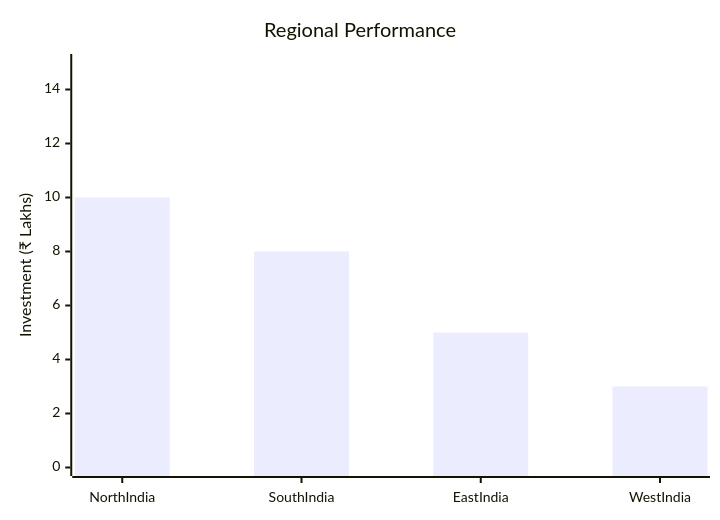
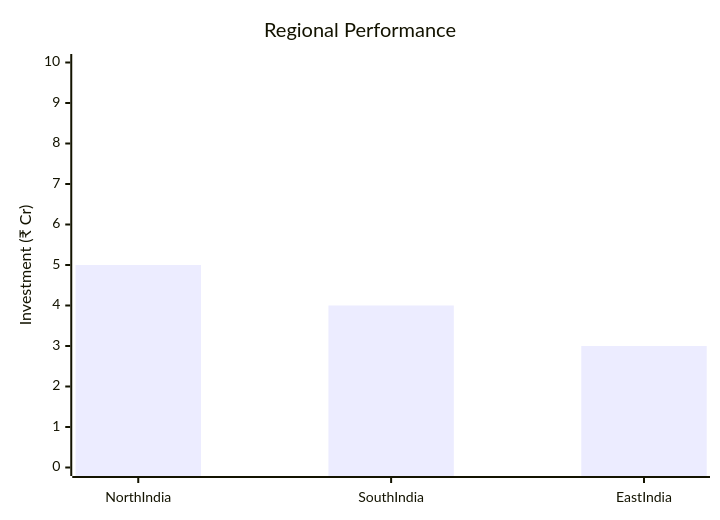
Before and after one commit to arindampradhan/pmegpeportal-programme: the eighth of 15 diagrams in docs/0001_3PlyMask/Deep-Research.md, drawn with Mermaid. The commit also changed other lines of this file and 2 other files, not shown here.

````diff
--- a/docs/0001_3PlyMask/Deep-Research.md
+++ b/docs/0001_3PlyMask/Deep-Research.md
@@ -277,7 +287,7 @@
 ```mermaid
 xychart-beta
     title "Regional Performance"
-    x-axis [North India, South India, East India, West India]
-    y-axis "Investment (₹ Lakhs)" 0 --> 15
-    bar [10, 8, 5, 3]
+    x-axis [North India, South India, East India]
+    y-axis "Investment (₹ Cr)" 0 --> 10
+    bar [5, 4, 3]
 ```
````
